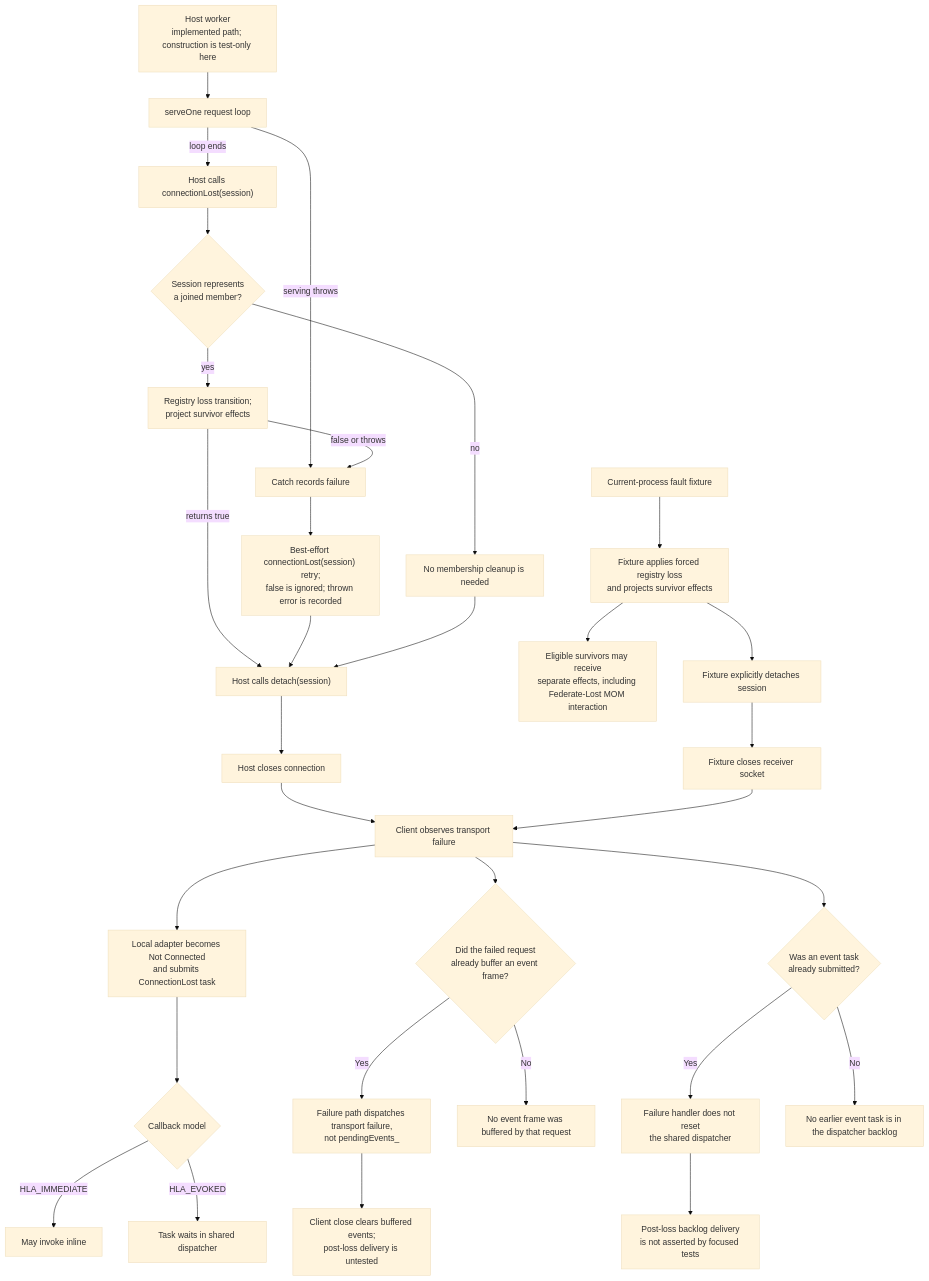
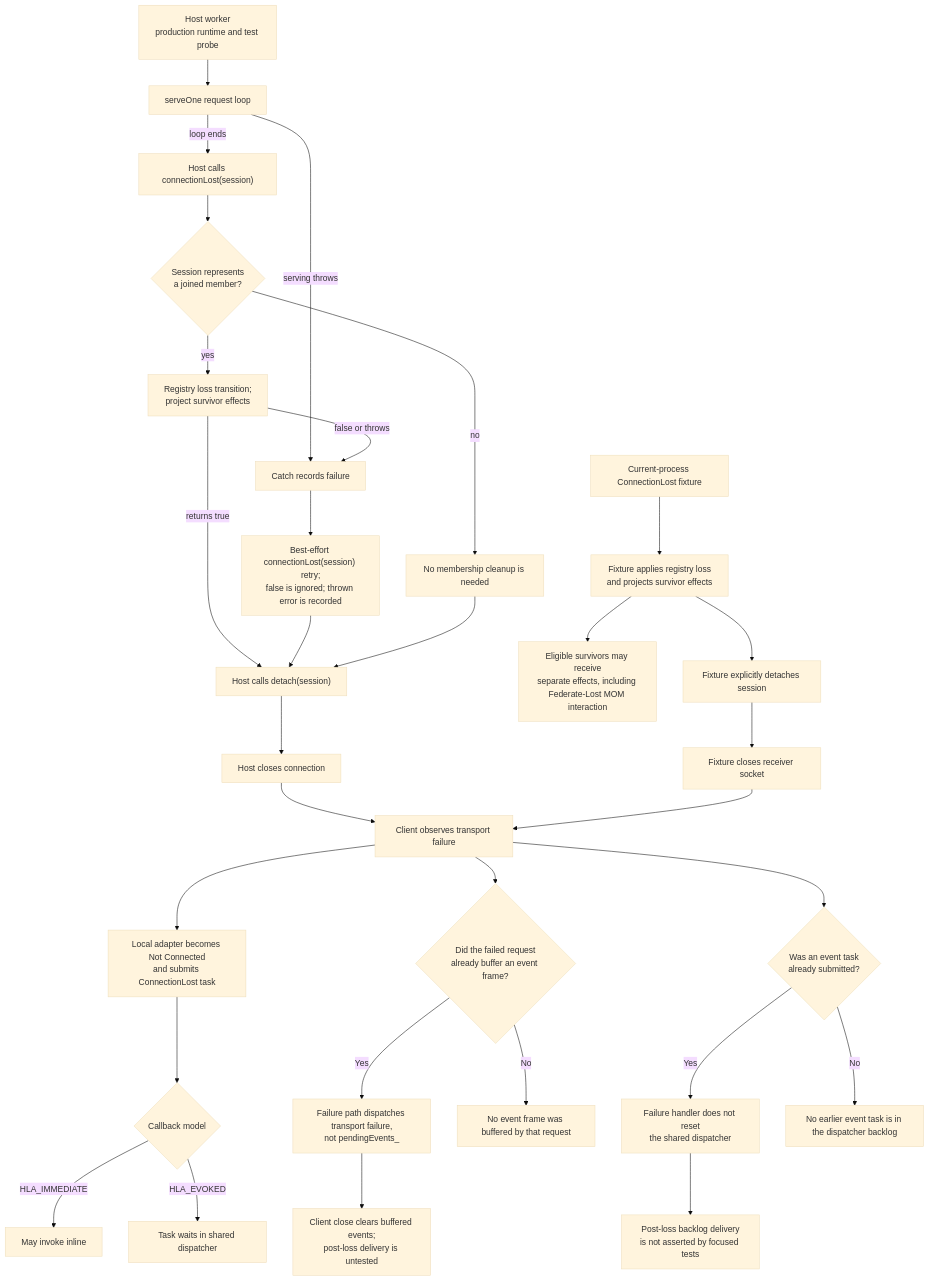
One commit to sheepfling/umbra changed diagram 27 of 31 in docs/design/HLA-2025-FEDERATION-AND-FEDERATE-LIFECYCLE-FLOW-GUIDE.md. Above: the diagram before and after it, drawn with Mermaid (base theme). The commit also changed other lines of this file and 39 other files, not shown here.

Commit message:
Document IEEE 1516.1-2025 behavior flows

````diff
--- a/docs/design/HLA-2025-FEDERATION-AND-FEDERATE-LIFECYCLE-FLOW-GUIDE.md
+++ b/docs/design/HLA-2025-FEDERATION-AND-FEDERATE-LIFECYCLE-FLOW-GUIDE.md
@@ -845,33 +1845,33 @@
 ```mermaid
 flowchart TD
-  Host["Host worker<br/>implemented path; construction is test-only here"] --> Loop["serveOne request loop"]
+  Host["Host worker<br/>production runtime and test probe"] --> Loop["serveOne request loop"]
   Loop -->|loop ends| HostLoss["Host calls connectionLost(session)"]
   Loop -->|serving throws| CatchLoss["Catch records failure"]
   HostLoss --> MemberState{"Session represents<br/>a joined member?"}
   MemberState -->|no| NoMember["No membership cleanup is needed"]
   MemberState -->|yes| HostRegistry["Registry loss transition;<br/>project survivor effects"]
   HostRegistry -->|returns true| HostDetach["Host calls detach(session)"]
   HostRegistry -->|false or throws| CatchLoss
   CatchLoss --> CatchRetry["Best-effort connectionLost(session) retry;<br/>false is ignored; thrown error is recorded"]
   CatchRetry --> HostDetach
   NoMember --> HostDetach
   HostDetach --> HostClose["Host closes connection"]
-  Fixture["Current-process fault fixture"] --> Forced["Fixture applies forced registry loss<br/>and projects survivor effects"]
+  Fixture["Current-process ConnectionLost fixture"] --> Forced["Fixture applies registry loss<br/>and projects survivor effects"]
   Forced --> Survivor["Eligible survivors may receive<br/>separate effects, including Federate-Lost MOM interaction"]
   Forced --> FixtureDetach["Fixture explicitly detaches session"]
   FixtureDetach --> FixtureClose["Fixture closes receiver socket"]
   HostClose --> Failure["Client observes transport failure"]
   FixtureClose --> Failure
   Failure --> Local["Local adapter becomes Not Connected<br/>and submits ConnectionLost task"]
   Local --> Model{"Callback model"}
   Model -->|HLA_IMMEDIATE| Immediate["May invoke inline"]
   Model -->|HLA_EVOKED| Queued["Task waits in shared dispatcher"]
   Failure --> Buffered{"Did the failed request<br/>already buffer an event frame?"}
   Buffered -->|Yes| Pending["Failure path dispatches transport failure,<br/>not pendingEvents_"]
   Pending --> Closed["Client close clears buffered events;<br/>post-loss delivery is untested"]
   Buffered -->|No| NoBuffered["No event frame was buffered by that request"]
   Failure --> Submitted{"Was an event task<br/>already submitted?"}
   Submitted -->|Yes| Existing["Failure handler does not reset<br/>the shared dispatcher"]
   Existing --> Backlog["Post-loss backlog delivery<br/>is not asserted by focused tests"]
   Submitted -->|No| NoSubmitted["No earlier event task is in the dispatcher backlog"]
 ```
````
